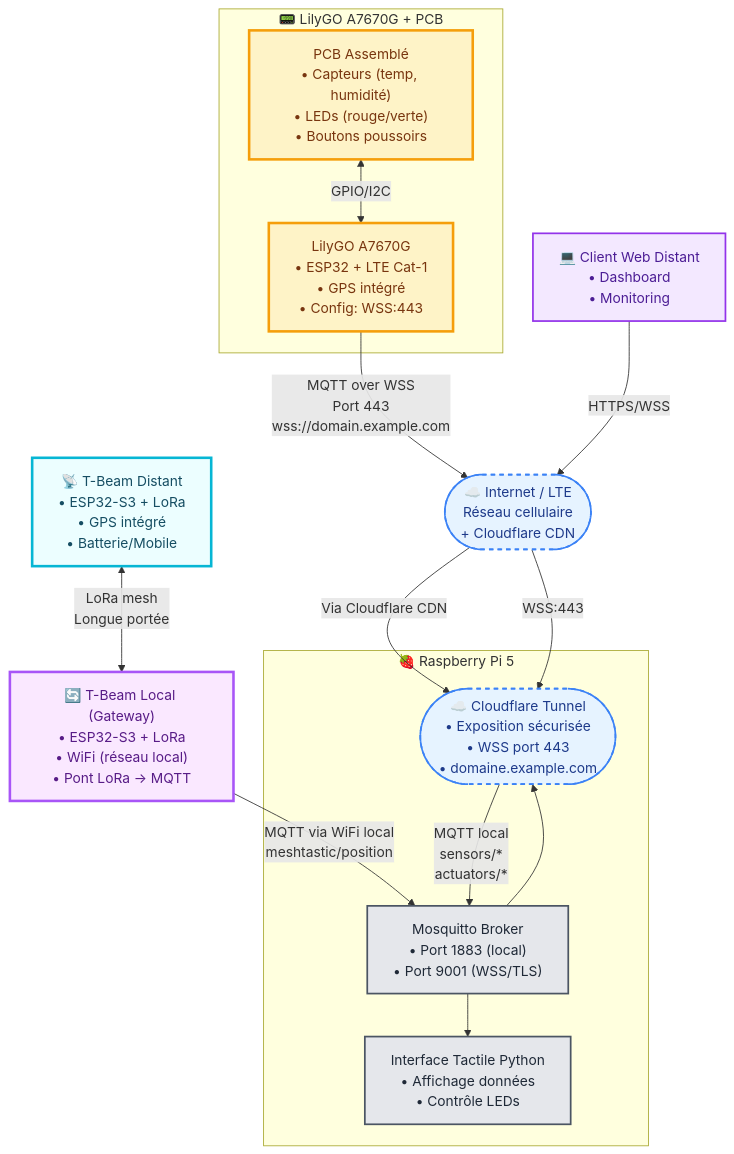
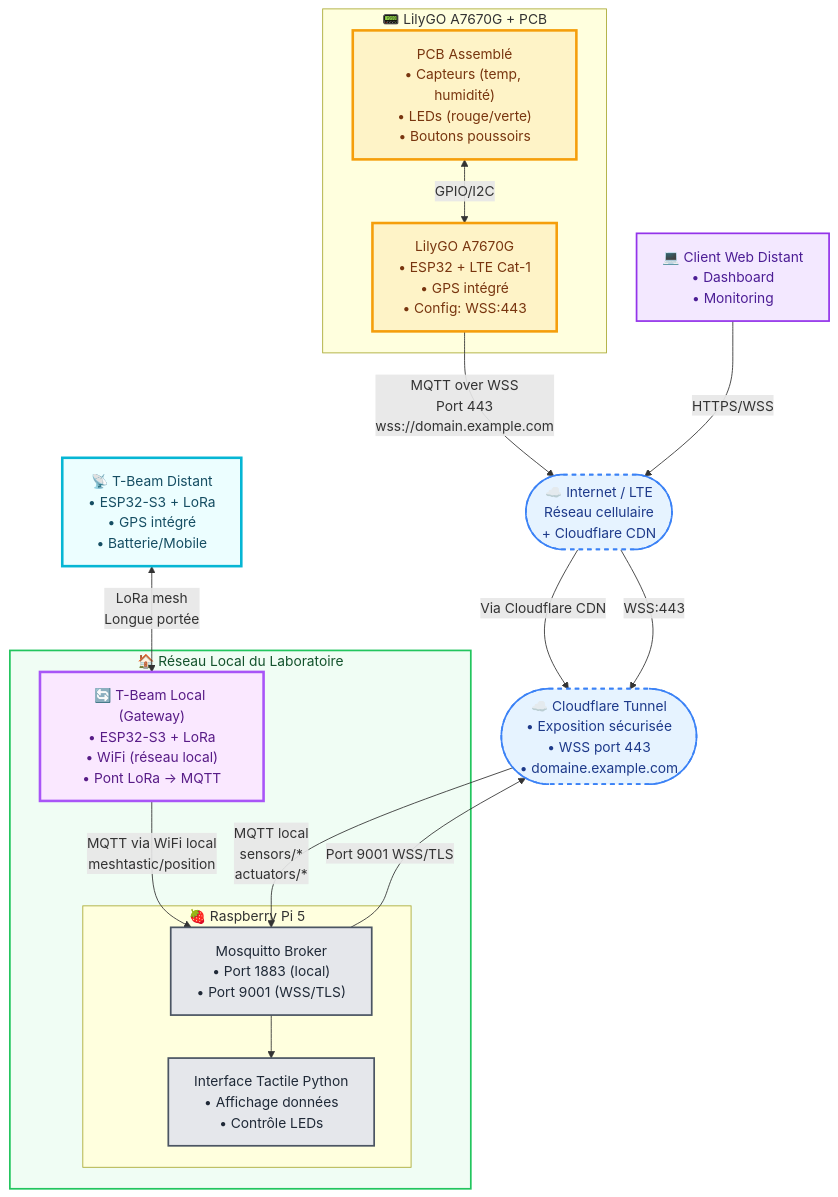
One commit to fpoisson2/243-4J5-LI changed the first of 3 diagrams in architecture-finale-projet.md. Above: the diagram before and after it, drawn with Mermaid.

````diff
--- a/architecture-finale-projet.md
+++ b/architecture-finale-projet.md
@@ -8,61 +8,65 @@
 ```mermaid
 graph TB
     subgraph Device_LTE["📟 LilyGO A7670G + PCB"]
         PCB["PCB Assemblé<br/>• Capteurs (temp, humidité)<br/>• LEDs (rouge/verte)<br/>• Boutons poussoirs"]
 
         A7670G["LilyGO A7670G<br/>• ESP32 + LTE Cat-1<br/>• GPS intégré<br/>• Config: WSS:443"]
 
         PCB <-->|GPIO/I2C| A7670G
     end
 
     TBeam_Distant["📡 T-Beam Distant<br/>• ESP32-S3 + LoRa<br/>• GPS intégré<br/>• Batterie/Mobile"]
 
-    TBeam_Local["🔄 T-Beam Local (Gateway)<br/>• ESP32-S3 + LoRa<br/>• WiFi (réseau local)<br/>• Pont LoRa → MQTT"]
+    subgraph Reseau_Local["🏠 Réseau Local du Laboratoire"]
+        TBeam_Local["🔄 T-Beam Local (Gateway)<br/>• ESP32-S3 + LoRa<br/>• WiFi (réseau local)<br/>• Pont LoRa → MQTT"]
 
-    subgraph RaspberryPi["🍓 Raspberry Pi 5"]
-        Mosquitto["Mosquitto Broker<br/>• Port 1883 (local)<br/>• Port 9001 (WSS/TLS)"]
+        subgraph RaspberryPi["🍓 Raspberry Pi 5"]
+            Mosquitto["Mosquitto Broker<br/>• Port 1883 (local)<br/>• Port 9001 (WSS/TLS)"]
 
-        InterfaceTactile["Interface Tactile Python<br/>• Affichage données<br/>• Contrôle LEDs"]
+            InterfaceTactile["Interface Tactile Python<br/>• Affichage données<br/>• Contrôle LEDs"]
 
-        Mosquitto --> InterfaceTactile
-        Mosquitto --> CloudflareTunnel
+            Mosquitto --> InterfaceTactile
+        end
     end
 
     CloudflareTunnel(["☁️ Cloudflare Tunnel<br/>• Exposition sécurisée<br/>• WSS port 443<br/>• domaine.example.com"])
 
     Internet(["☁️ Internet / LTE<br/>Réseau cellulaire<br/>+ Cloudflare CDN"])
 
     ClientDistant["💻 Client Web Distant<br/>• Dashboard<br/>• Monitoring"]
 
     %% Flux de communication
 
     %% A7670G se connecte en WSS via Cloudflare sur Internet
     A7670G -->|"MQTT over WSS<br/>Port 443<br/>wss://domain.example.com"| Internet
     Internet -->|"Via Cloudflare CDN"| CloudflareTunnel
     CloudflareTunnel -->|"MQTT local<br/>sensors/*<br/>actuators/*"| Mosquitto
 
-    %% Nœud 2 via LoRa mesh
+    %% LoRa mesh
     TBeam_Distant <-->|"LoRa mesh<br/>Longue portée"| TBeam_Local
 
-    %% Gateway local
+    %% Gateway local et exposition via tunnel
     TBeam_Local -->|"MQTT via WiFi local<br/>meshtastic/position"| Mosquitto
+    Mosquitto -->|"Port 9001 WSS/TLS"| CloudflareTunnel
 
     %% Accès client distant
     ClientDistant -->|"HTTPS/WSS"| Internet
     Internet -->|"WSS:443"| CloudflareTunnel
 
     %% Styles
     classDef lte fill:#fef3c7,stroke:#f59e0b,stroke-width:3px,color:#78350f
     classDef lora_remote fill:#ecfeff,stroke:#06b6d4,stroke-width:3px,color:#164e63
     classDef lora_local fill:#fae8ff,stroke:#a855f7,stroke-width:3px,color:#581c87
     classDef infra fill:#e5e7eb,stroke:#4b5563,stroke-width:2px,color:#1f2937
     classDef cloud fill:#e6f3ff,stroke:#3b82f6,stroke-width:2px,stroke-dasharray:5 5,color:#1e3a8a
     classDef client fill:#f3e8ff,stroke:#9333ea,stroke-width:2px,color:#4c1d95
+    classDef local_net fill:#f0fdf4,stroke:#22c55e,stroke-width:2px,color:#14532d
 
     class PCB,A7670G lte
     class TBeam_Distant lora_remote
     class TBeam_Local lora_local
     class Mosquitto,InterfaceTactile infra
     class CloudflareTunnel,Internet cloud
     class ClientDistant client
+    class Reseau_Local local_net
 ```
````
